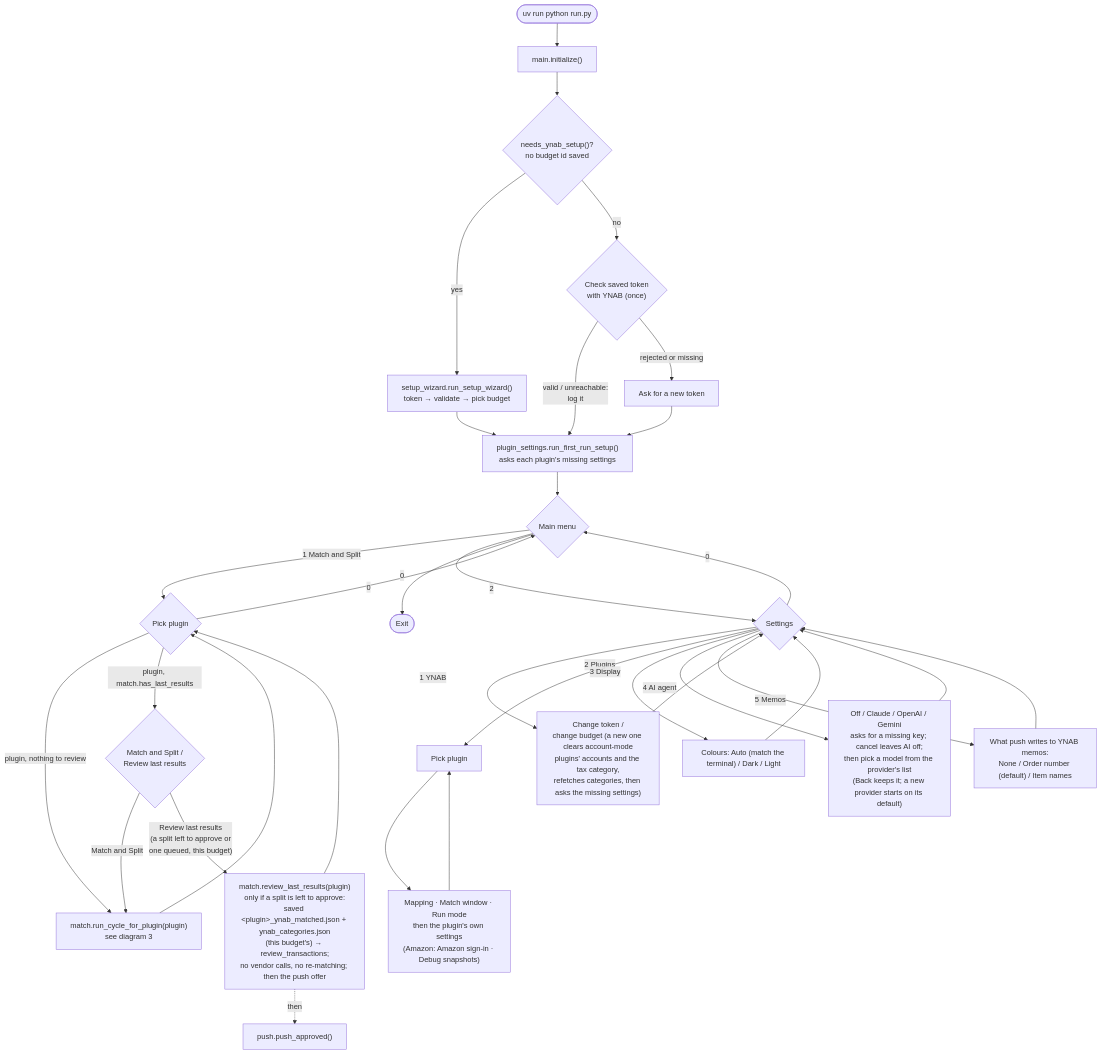
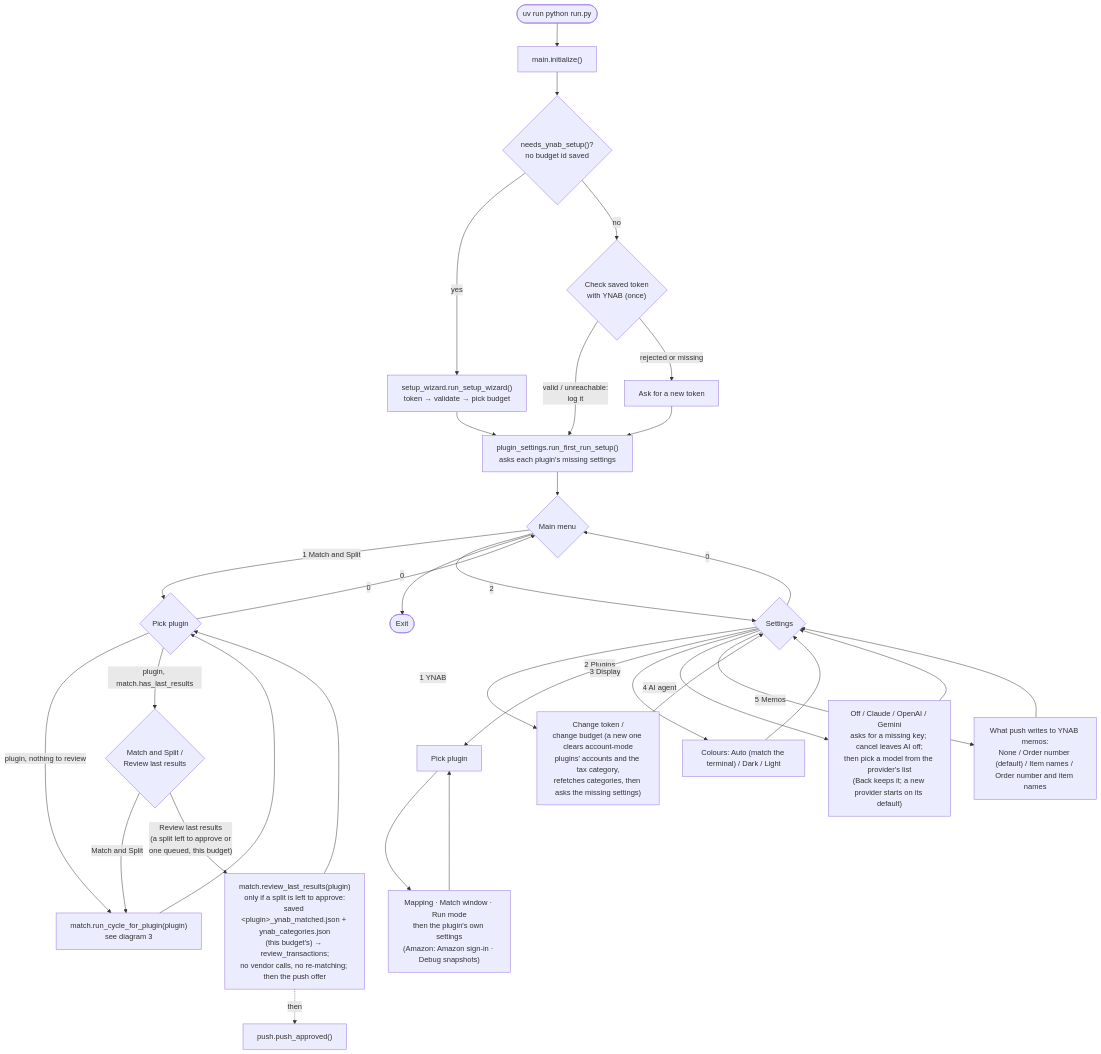
One commit to bikeracer4487/ynab-order-splitter changed the second of 5 diagrams in DIAGRAM.md. Above: the diagram before and after it, drawn with Mermaid. The commit also changed other lines of this file and 6 other files, not shown here.

First line of the commit message:
Memos: order number and item names

````diff
--- a/DIAGRAM.md
+++ b/DIAGRAM.md
@@ -63,37 +63,37 @@
 ```mermaid
 flowchart TD
     start(["uv run python run.py"]) --> init["main.initialize()"]
     init --> first{"needs_ynab_setup()?<br/>no budget id saved"}
     first -- yes --> sw["setup_wizard.run_setup_wizard()<br/>token → validate → pick budget"]
     first -- no --> tokencheck{"Check saved token<br/>with YNAB (once)"}
     tokencheck -- "valid / unreachable:<br/>log it" --> plugsetup
     tokencheck -- "rejected or missing" --> newtoken["Ask for a new token"]
     newtoken --> plugsetup
     sw --> plugsetup["plugin_settings.run_first_run_setup()<br/>asks each plugin's missing settings"]
     plugsetup --> mm
 
     mm{"Main menu"}
     mm -- "1 Match and Split" --> pickplug{"Pick plugin"}
     pickplug -- "plugin, nothing to review" --> cycle
     pickplug -- "plugin, match.has_last_results" --> plugact{"Match and Split /<br/>Review last results"}
     plugact -- "Match and Split" --> cycle["match.run_cycle_for_plugin(plugin)<br/>see diagram 3"]
     plugact -- "Review last results<br/>(a split left to approve or<br/>one queued, this budget)" --> last["match.review_last_results(plugin)<br/>only if a split is left to approve:<br/>saved &lt;plugin&gt;_ynab_matched.json + ynab_categories.json<br/>(this budget's) → review_transactions;<br/>no vendor calls, no re-matching; then the push offer"]
     cycle & last --> pickplug
     last -. "then" .-> pushlast["push.push_approved()"]
     pickplug -- "0" --> mm
     mm -- "2" --> settings{"Settings"}
     mm -- "0" --> exit(["Exit"])
 
     settings -- "1 YNAB" --> ynabmenu["Change token /<br/>change budget (a new one clears account-mode<br/>plugins' accounts and the tax category,<br/>refetches categories, then asks the missing settings)"]
     settings -- "2 Plugins" --> pluglist["Pick plugin"]
     pluglist --> plugmenu["Mapping · Match window · Run mode<br/>then the plugin's own settings<br/>(Amazon: Amazon sign-in · Debug snapshots)"]
     settings -- "3 Display" --> display["Colours: Auto (match the terminal) / Dark / Light"]
     display --> settings
     settings -- "4 AI agent" --> ai["Off / Claude / OpenAI / Gemini<br/>asks for a missing key; cancel leaves AI off;<br/>then pick a model from the provider's list<br/>(Back keeps it; a new provider starts on its default)"]
     ai --> settings
-    settings -- "5 Memos" --> memos["What push writes to YNAB memos:<br/>None / Order number (default) / Item names"]
+    settings -- "5 Memos" --> memos["What push writes to YNAB memos:<br/>None / Order number (default) / Item names / Order number and item names"]
     memos --> settings
     settings -- "0" --> mm
     ynabmenu --> settings
     plugmenu --> pluglist
 ```
````
